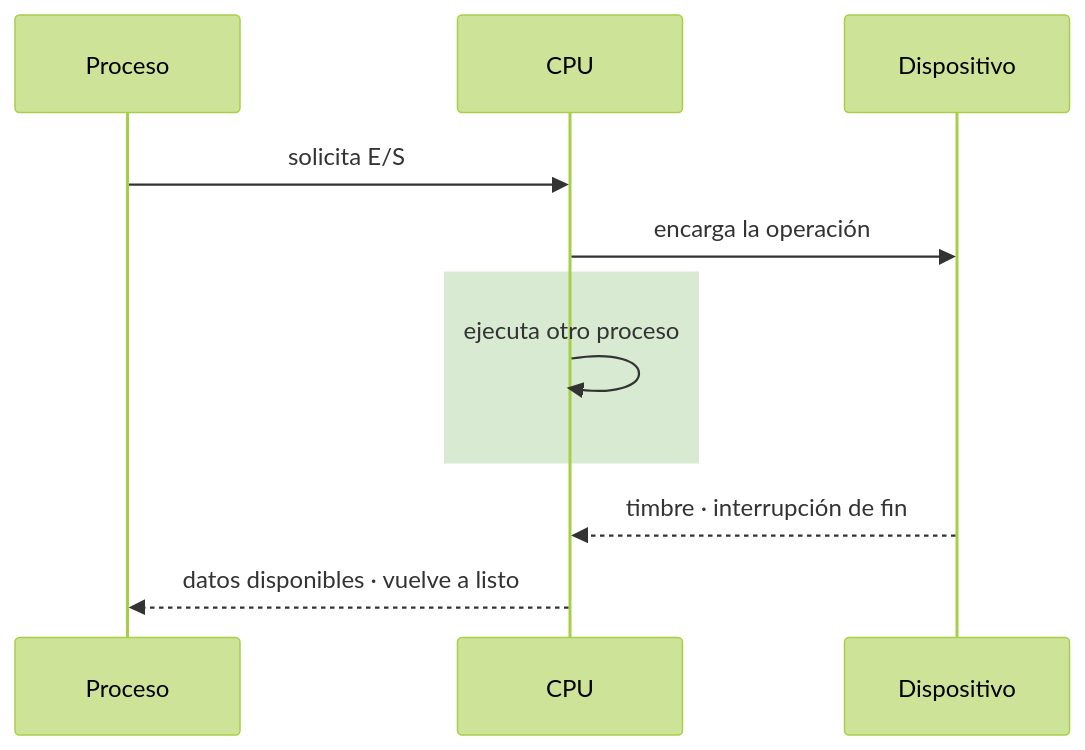
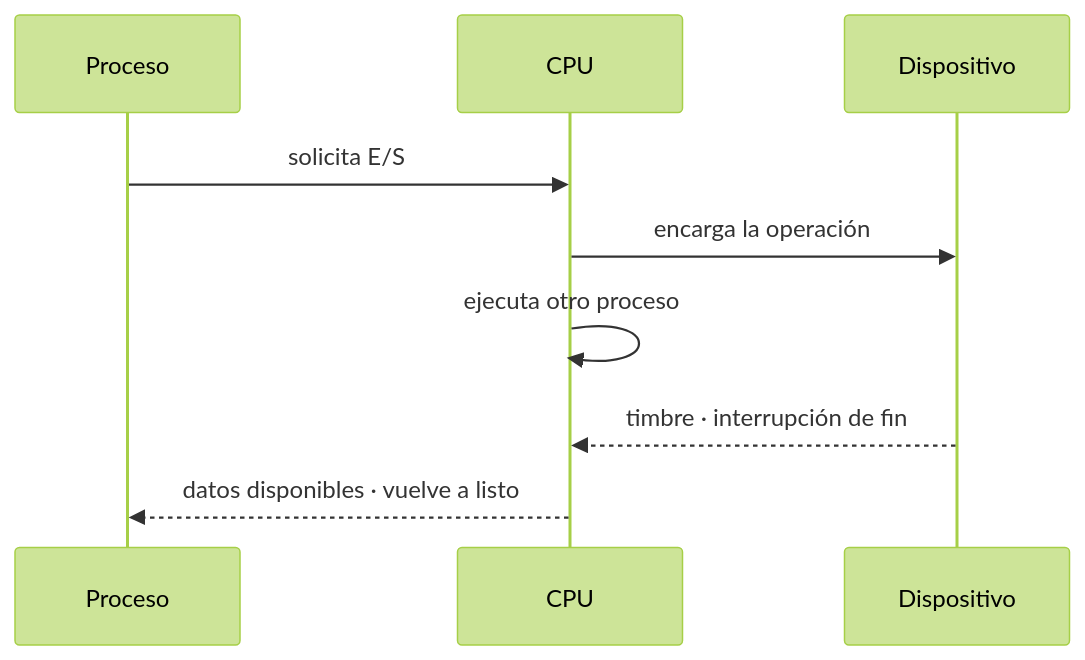
The fifth of 5 diagrams in TEORIA/11-dispositivos-de-es/README.md (asiermarzo/ssoo), drawn with Mermaid (forest theme) before and after one commit. The commit also changed other lines of this file and 12 other files, not shown here.

Commit message:
ajuste subrects de mermaids

````diff
--- a/TEORIA/11-dispositivos-de-es/README.md
+++ b/TEORIA/11-dispositivos-de-es/README.md
@@ -118,13 +110,11 @@
 ```mermaid
 sequenceDiagram
     participant P as Proceso
     participant CPU as CPU
     participant D as Dispositivo
     P->>CPU: solicita E/S
     CPU->>D: encarga la operación
-    rect rgb(217, 234, 211)
-        CPU->>CPU: ejecuta otro proceso
-    end
+    CPU->>CPU: ejecuta otro proceso
     D-->>CPU: timbre · interrupción de fin
     CPU-->>P: datos disponibles · vuelve a listo
 ```
````
